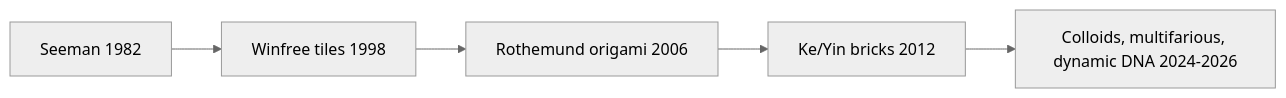
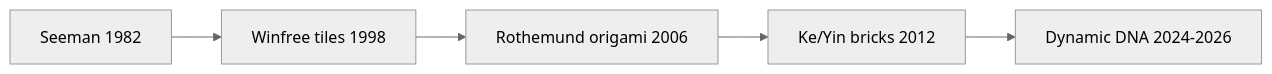
Before and after one commit to caretak3r/self-assembly-lab: the diagram in content/dna.mdx, drawn with Mermaid (neutral theme). The commit also changed 5 other files, not shown here.

First line of the commit message:
Simplify Mermaid diagrams for ASCII-safe Mermaid 11 labels

````diff
--- a/content/dna.mdx
+++ b/content/dna.mdx
@@ -11,7 +11,7 @@
 ```mermaid
 flowchart LR
-  A["Seeman 1982"] --> B["Winfree tiles 1998"]
-  B --> C["Rothemund origami 2006"]
-  C --> D["Ke/Yin bricks 2012"]
-  D --> E["Colloids, multifarious, dynamic DNA 2024-2026"]
+  A[Seeman 1982] --> B[Winfree tiles 1998]
+  B --> C[Rothemund origami 2006]
+  C --> D[Ke/Yin bricks 2012]
+  D --> E[Dynamic DNA 2024-2026]
 ```
````
